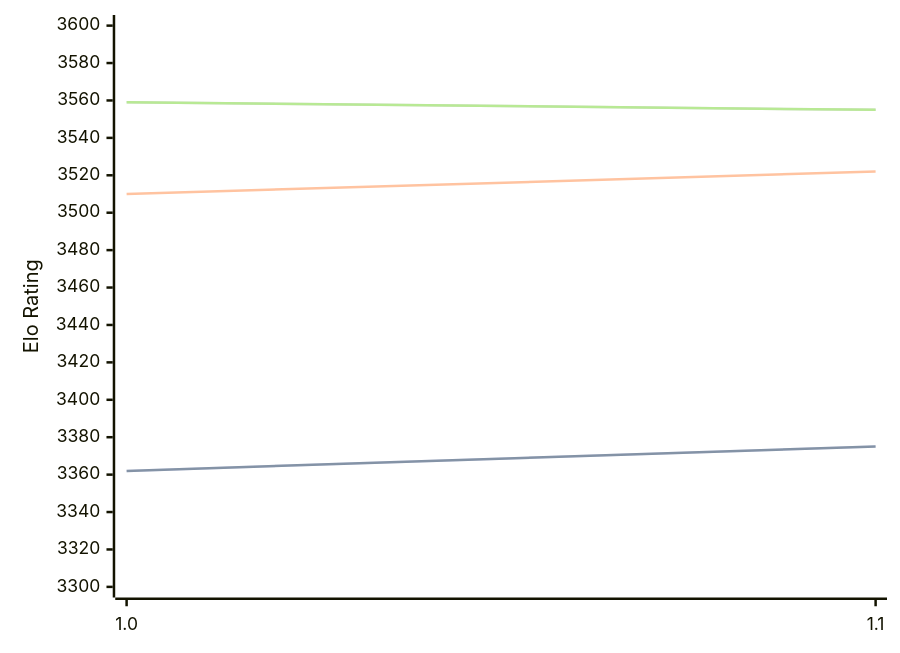
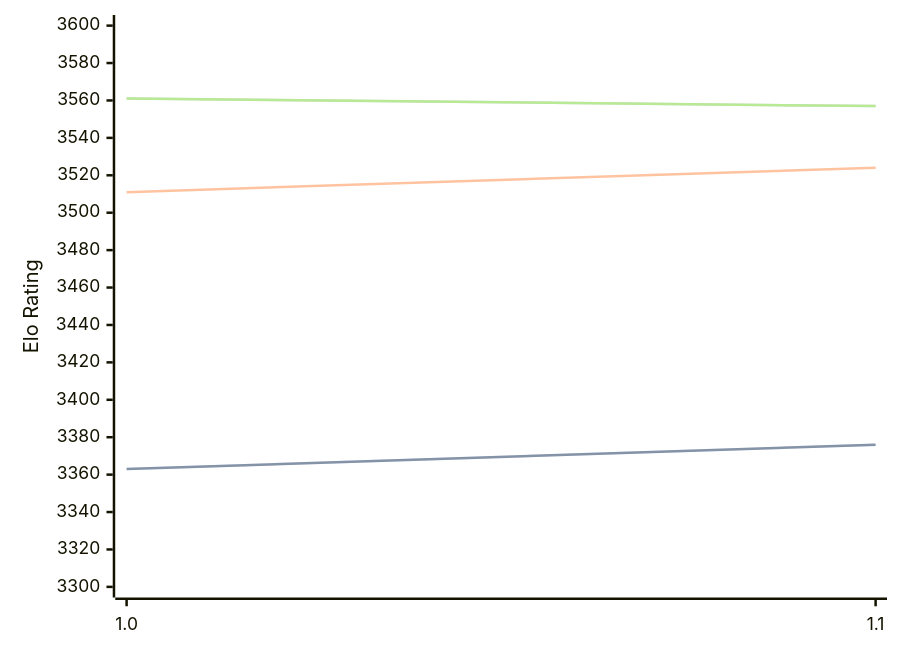
Before and after one commit to computer-chess-index/cci: the diagram in engines/Horsie.md, drawn with Mermaid. The commit also changed other lines of this file, not shown here.

Commit message:
Update CCI Ratings (ELO VLTC) - 2026-04-11

````diff
--- a/engines/Horsie.md
+++ b/engines/Horsie.md
@@ -32,11 +32,11 @@
 ```mermaid
 %%{init: {"theme":"base","themeVariables":{"seriesColors:['#a3a3a3','#222221','#faa371']}}}%%
 xychart-beta
   x-axis ["1.0", "1.1"]
   y-axis "Elo Rating" 3300 --> 3600
-  line "STC (8.0+0.08s)" [3362, 3375]
-  line "STC (8.0+0.08s)" [3362, 3375]
-  line "LTC (60.0+0.60s)" [3510, 3522]
-  line "VLTC (2m24s+1.12s)" [3559, 3555]
-  line "VLTC (2m24s+1.12s)" [3559, 3555]
+  line "STC (8.0+0.08s)" [3363, 3376]
+  line "STC (8.0+0.08s)" [3363, 3376]
+  line "LTC (60.0+0.60s)" [3511, 3524]
+  line "VLTC (2m24s+1.12s)" [3561, 3557]
+  line "VLTC (2m24s+1.12s)" [3561, 3557]
 ```
````
